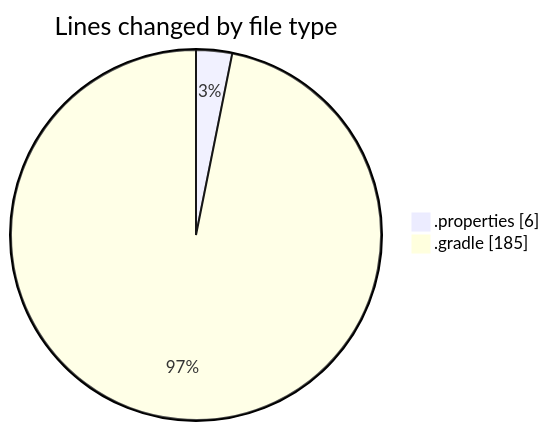
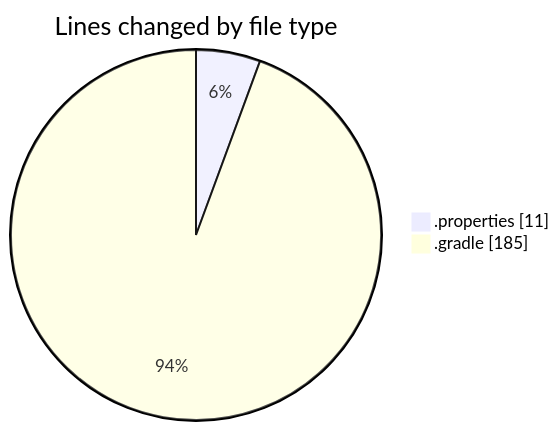
The first of 2 diagrams in 2025-09-06/quanlylink/README.md (lephambinh05/code-tracking), drawn with Mermaid before and after one commit. The commit also changed other lines of this file and 1 other file, not shown here.

````diff
--- a/2025-09-06/quanlylink/README.md
+++ b/2025-09-06/quanlylink/README.md
@@ -22,6 +23,6 @@
 ```mermaid
 pie showData
 title Lines changed by file type
-".properties" : 6
+".properties" : 11
 ".gradle" : 185
 ```
````
